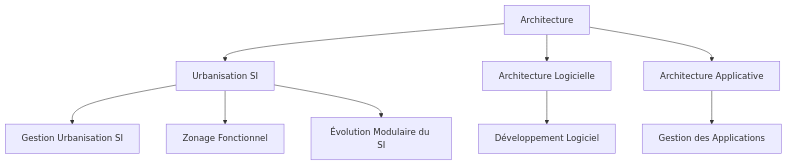
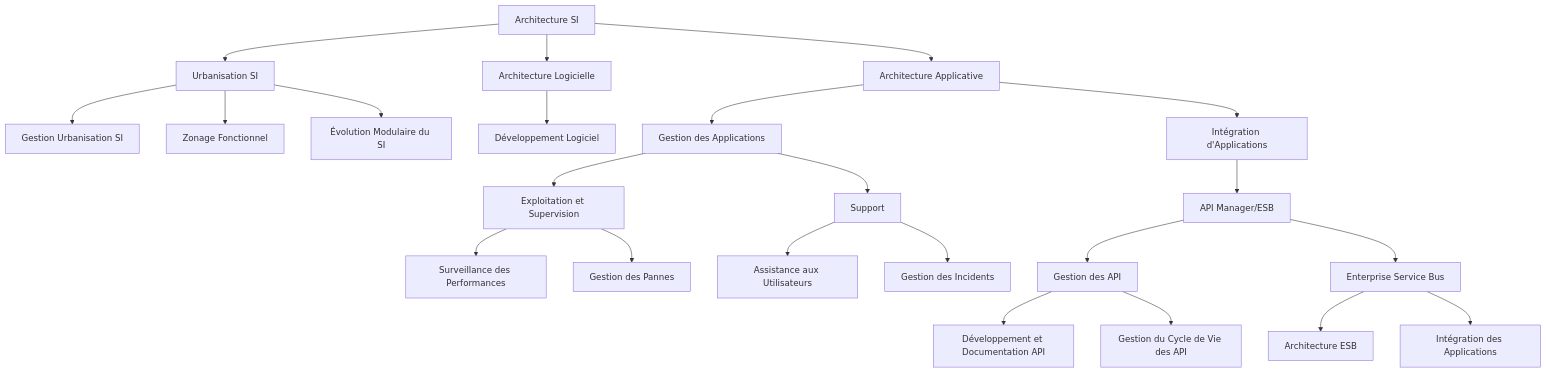
One commit to sanogotech/preparationCertificationCCNA changed the second of 6 diagrams in MetiersArchitectesSI/SchemaArchitectureSystemeInformation.md. Above: the diagram before and after it, drawn with Mermaid. The commit also changed other lines of this file, not shown here.

````diff
--- a/MetiersArchitectesSI/SchemaArchitectureSystemeInformation.md
+++ b/MetiersArchitectesSI/SchemaArchitectureSystemeInformation.md
@@ -117,17 +109,43 @@
 ```mermaid
 graph TD
-    B[Architecture] --> B1[Urbanisation SI]
+    B[Architecture SI] --> B1[Urbanisation SI]
     B --> B2[Architecture Logicielle]
     B --> B3[Architecture Applicative]
 
     %% Urbanisation SI
     B1 --> B1a[Gestion Urbanisation SI]
     B1 --> B1b[Zonage Fonctionnel]
     B1 --> B1c[Évolution Modulaire du SI]
 
     %% Architecture Logicielle
     B2 --> B2a[Développement Logiciel]
 
     %% Architecture Applicative
     B3 --> B3a[Gestion des Applications]
+    B3 --> B3b[Intégration d'Applications]
+
+    %% Gestion des Applications
+    B3a --> B3a1[Exploitation et Supervision]
+    B3a --> B3a2[Support]
+
+    %% Exploitation et Supervision
+    B3a1 --> B3a1a[Surveillance des Performances]
+    B3a1 --> B3a1b[Gestion des Pannes]
+
+    %% Support
+    B3a2 --> B3a2a[Assistance aux Utilisateurs]
+    B3a2 --> B3a2b[Gestion des Incidents]
+
+    %% Intégration d'Applications
+    B3b --> H[API Manager/ESB]
+    H --> H1[Gestion des API]
+    H --> H2[Enterprise Service Bus]
+
+    %% Gestion des API
+    H1 --> H1a[Développement et Documentation API]
+    H1 --> H1b[Gestion du Cycle de Vie des API]
+
+    %% Enterprise Service Bus
+    H2 --> H2a[Architecture ESB]
+    H2 --> H2b[Intégration des Applications]
 ```
````
